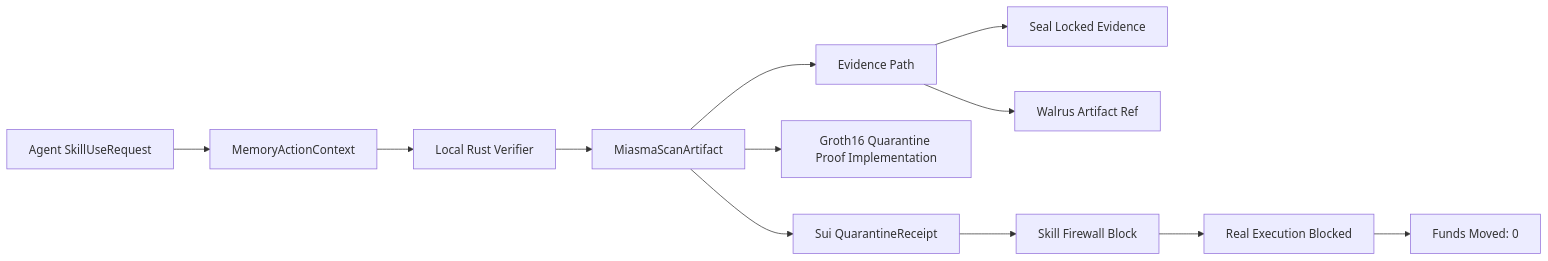
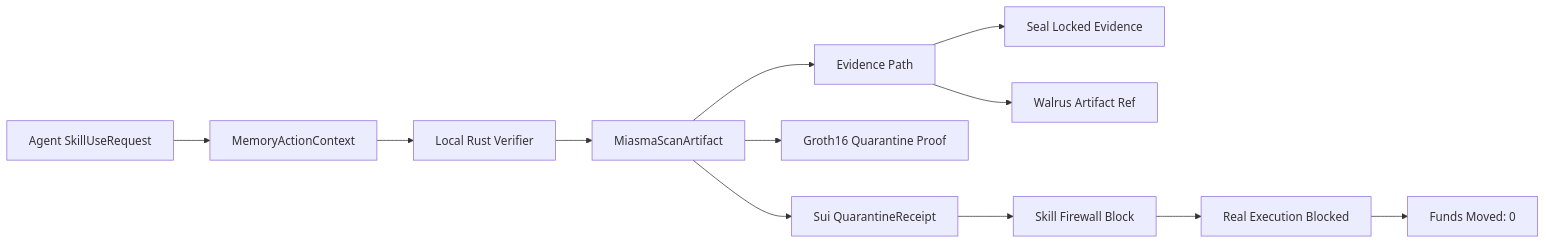
The first of 4 diagrams in docs/FINAL_REQUIREMENTS.md (0x-xrpl/miasma-atlas), drawn with Mermaid before and after one commit. The commit also changed other lines of this file and 10 other files, not shown here.

````diff
--- a/docs/FINAL_REQUIREMENTS.md
+++ b/docs/FINAL_REQUIREMENTS.md
@@ -121,14 +121,14 @@
 ```mermaid
 flowchart LR
   A[Agent SkillUseRequest] --> B[MemoryActionContext]
   B --> C[Local Rust Verifier]
   C --> D[MiasmaScanArtifact]
   D --> E[Evidence Path]
   E --> F[Seal Locked Evidence]
   E --> G[Walrus Artifact Ref]
-  D --> H[Groth16 Quarantine Proof Implementation]
+  D --> H[Groth16 Quarantine Proof]
   D --> I[Sui QuarantineReceipt]
   I --> J[Skill Firewall Block]
   J --> K[Real Execution Blocked]
   K --> L[Funds Moved: 0]
 ```
````
